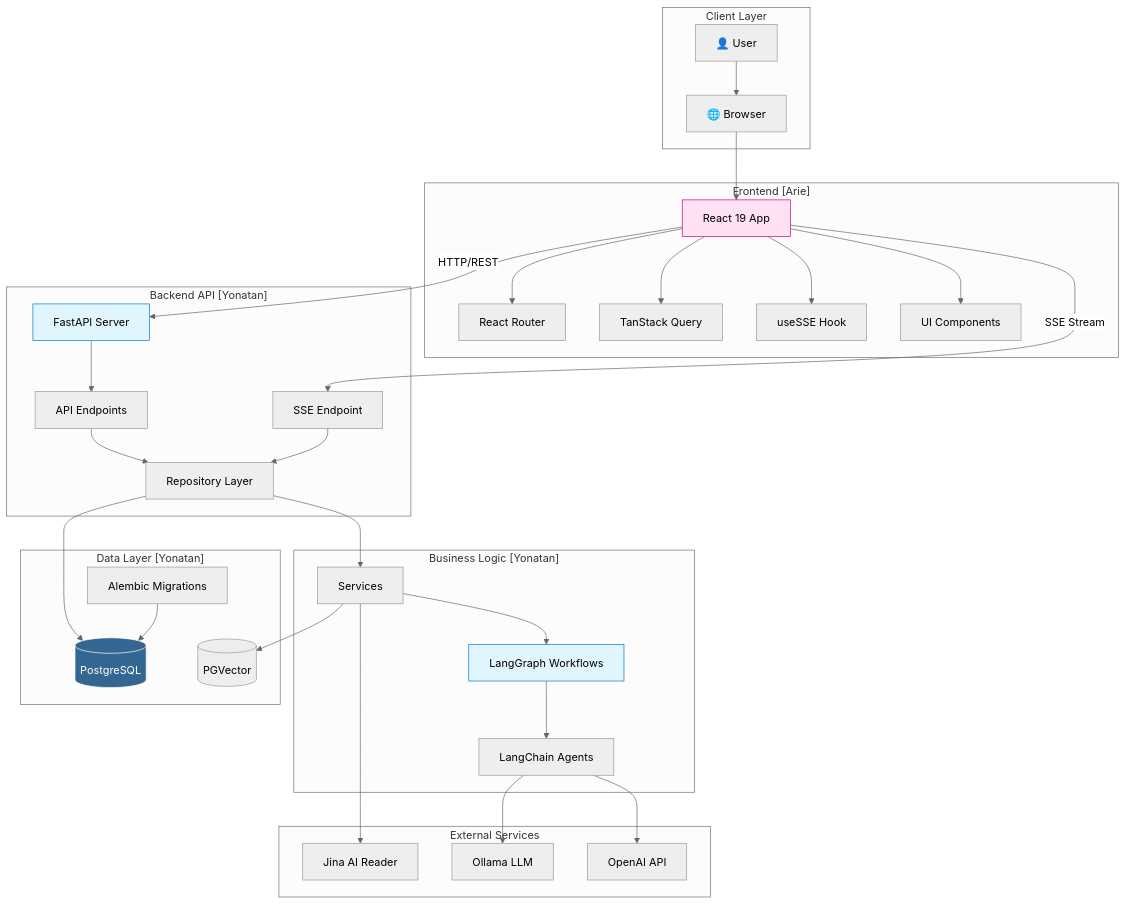
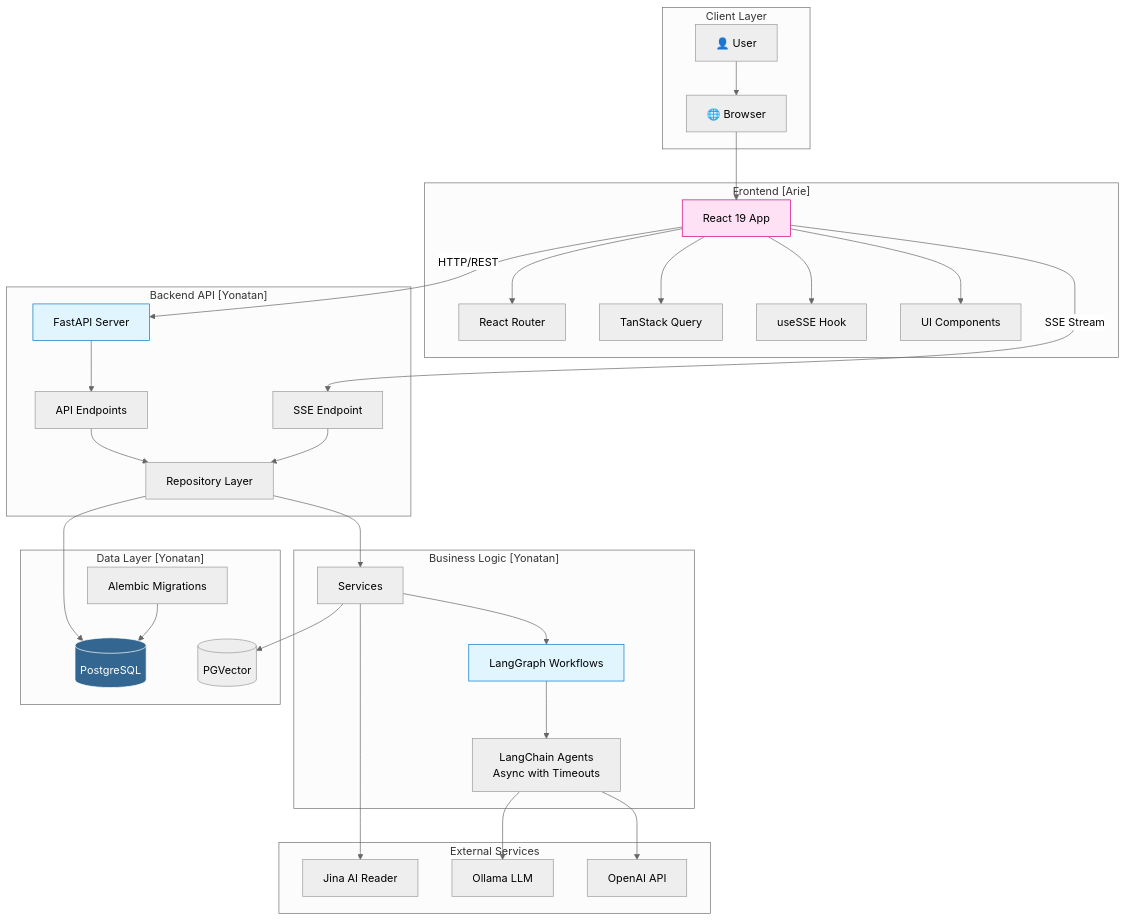
Before and after one commit to ArieGoldkin/SkillForge: the second of 11 diagrams in docs/ARCHITECTURE.md, drawn with Mermaid (neutral theme). The commit also changed other lines of this file and 31 other files, not shown here.

````diff
--- a/docs/ARCHITECTURE.md
+++ b/docs/ARCHITECTURE.md
@@ -130,70 +130,70 @@
 ```mermaid
 graph TB
     subgraph "Client Layer"
         User[👤 User]
         Browser[🌐 Browser]
         User --> Browser
     end
     
     subgraph "Frontend [Arie]"
         React[React 19 App]
         Router[React Router]
         Query[TanStack Query]
         SSE[useSSE Hook]
         Components[UI Components]
         
         Browser --> React
         React --> Router
         React --> Query
         React --> SSE
         React --> Components
     end
     
     subgraph "Backend API [Yonatan]"
         FastAPI[FastAPI Server]
         Endpoints[API Endpoints]
         SSEEndpoint[SSE Endpoint]
         Repos[Repository Layer]
         
         React -->|HTTP/REST| FastAPI
         React -->|SSE Stream| SSEEndpoint
         FastAPI --> Endpoints
         Endpoints --> Repos
         SSEEndpoint --> Repos
     end
     
     subgraph "Business Logic [Yonatan]"
         Services[Services]
         Workflows[LangGraph Workflows]
-        Agents[LangChain Agents]
+        Agents[LangChain Agents<br/>Async with Timeouts]
         
         Repos --> Services
         Services --> Workflows
         Workflows --> Agents
     end
     
     subgraph "Data Layer [Yonatan]"
         PostgreSQL[(PostgreSQL)]
         PGVector[(PGVector)]
         Alembic[Alembic Migrations]
         
         Repos --> PostgreSQL
         Services --> PGVector
         Alembic --> PostgreSQL
     end
     
     subgraph "External Services"
         JinaAI[Jina AI Reader]
         Ollama[Ollama LLM]
         OpenAI[OpenAI API]
         
         Services --> JinaAI
         Agents --> Ollama
         Agents --> OpenAI
     end
     
     style React fill:#ffe1f5,stroke:#cc0077
     style FastAPI fill:#e1f5ff,stroke:#0077cc
     style PostgreSQL fill:#336791,stroke:#fff,color:#fff
     style Workflows fill:#e1f5ff,stroke:#0077cc
 ```
````
